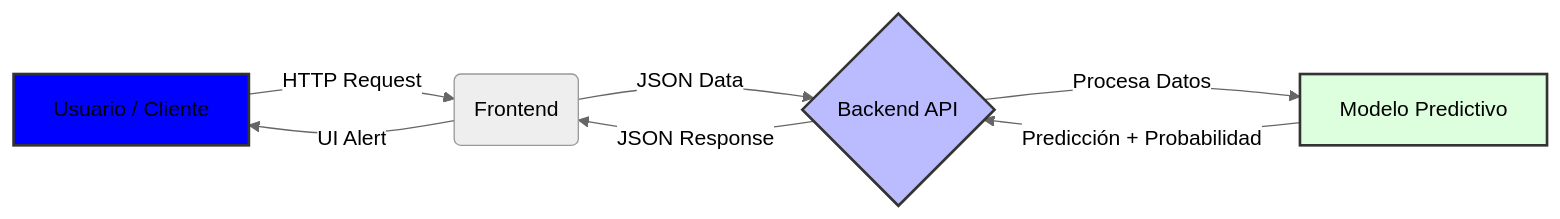
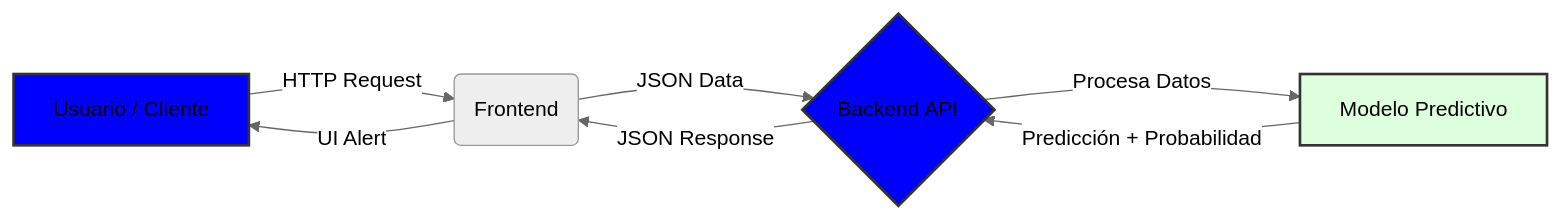
One commit to educhile1/FlightOnTime_H12-25-L-Equipo-75 changed the diagram in README.md. Above: the diagram before and after it, drawn with Mermaid (neutral theme).

````diff
--- a/README.md
+++ b/README.md
@@ -75,13 +75,13 @@
 ```mermaid
 graph LR
     A[Usuario / Cliente] -- HTTP Request --> B(Frontend)
     B -- JSON Data --> C{Backend API}
     C -- Procesa Datos --> D[Modelo Predictivo]
     D -- Predicción + Probabilidad --> C
     C -- JSON Response --> B
     B -- UI Alert --> A
     
     style A fill:#00f,stroke:#333,stroke-width:2px
-    style C fill:#bbf,stroke:#333,stroke-width:2px
+    style C fill:#00f,stroke:#333,stroke-width:2px
     style D fill:#dfd,stroke:#333,stroke-width:2px
 ```
````
